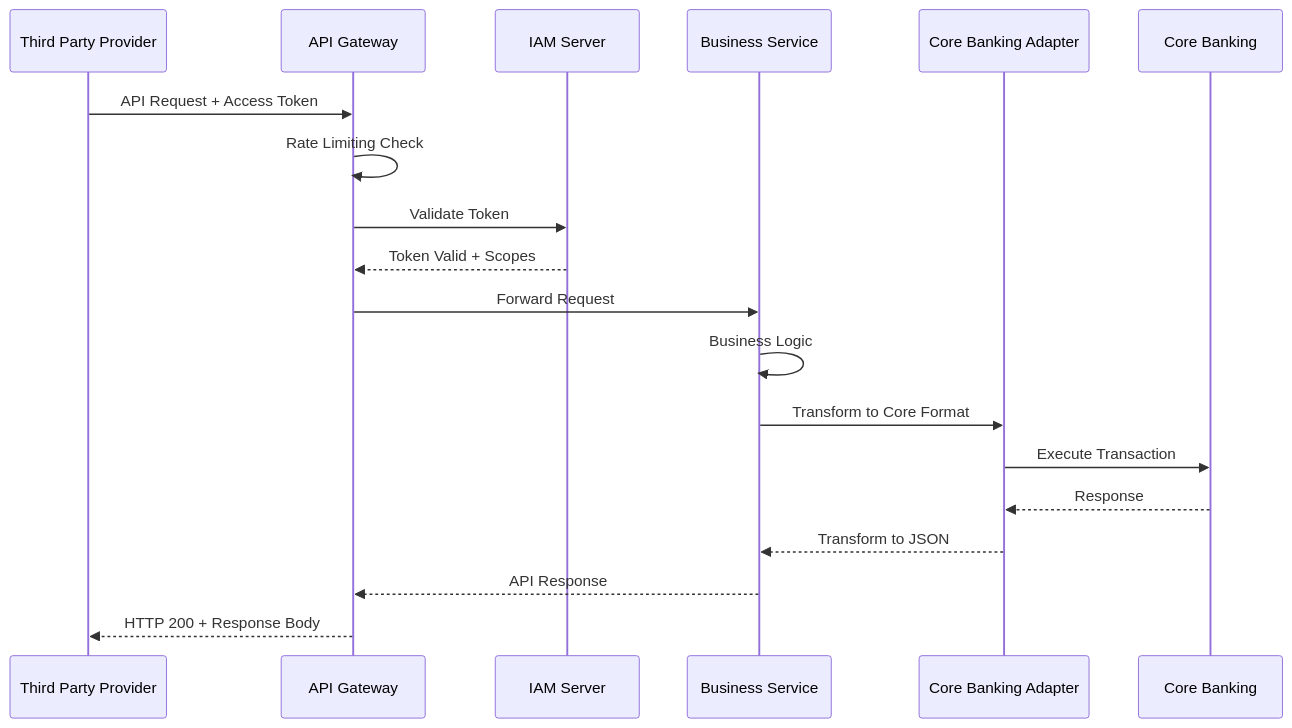
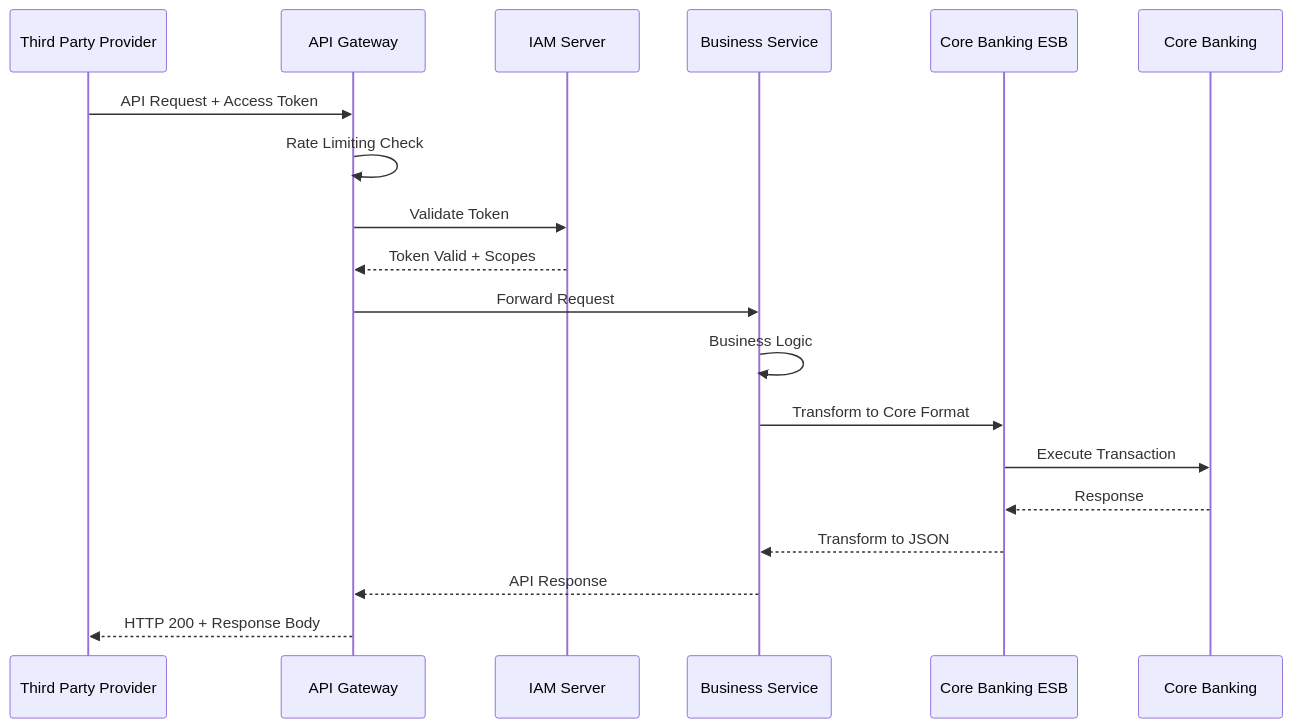
The second of 2 diagrams in 01-Kien-truc-he-thong.md (huuhoait/openbanking-vn-specs), drawn with Mermaid before and after one commit. The commit also changed 2 other files, not shown here.

````diff
--- a/01-Kien-truc-he-thong.md
+++ b/01-Kien-truc-he-thong.md
@@ -154,22 +154,22 @@
 ```mermaid
 sequenceDiagram
     participant TPP as Third Party Provider
     participant APIGW as API Gateway
     participant IAM as IAM Server
     participant Service as Business Service
-    participant ESB as Core Banking Adapter
+    participant ESB as Core Banking ESB
     participant Core as Core Banking
     
     TPP->>APIGW: API Request + Access Token
     APIGW->>APIGW: Rate Limiting Check
     APIGW->>IAM: Validate Token
     IAM-->>APIGW: Token Valid + Scopes
     APIGW->>Service: Forward Request
     Service->>Service: Business Logic
     Service->>ESB: Transform to Core Format
     ESB->>Core: Execute Transaction
     Core-->>ESB: Response
     ESB-->>Service: Transform to JSON
     Service-->>APIGW: API Response
     APIGW-->>TPP: HTTP 200 + Response Body
 ```
````
